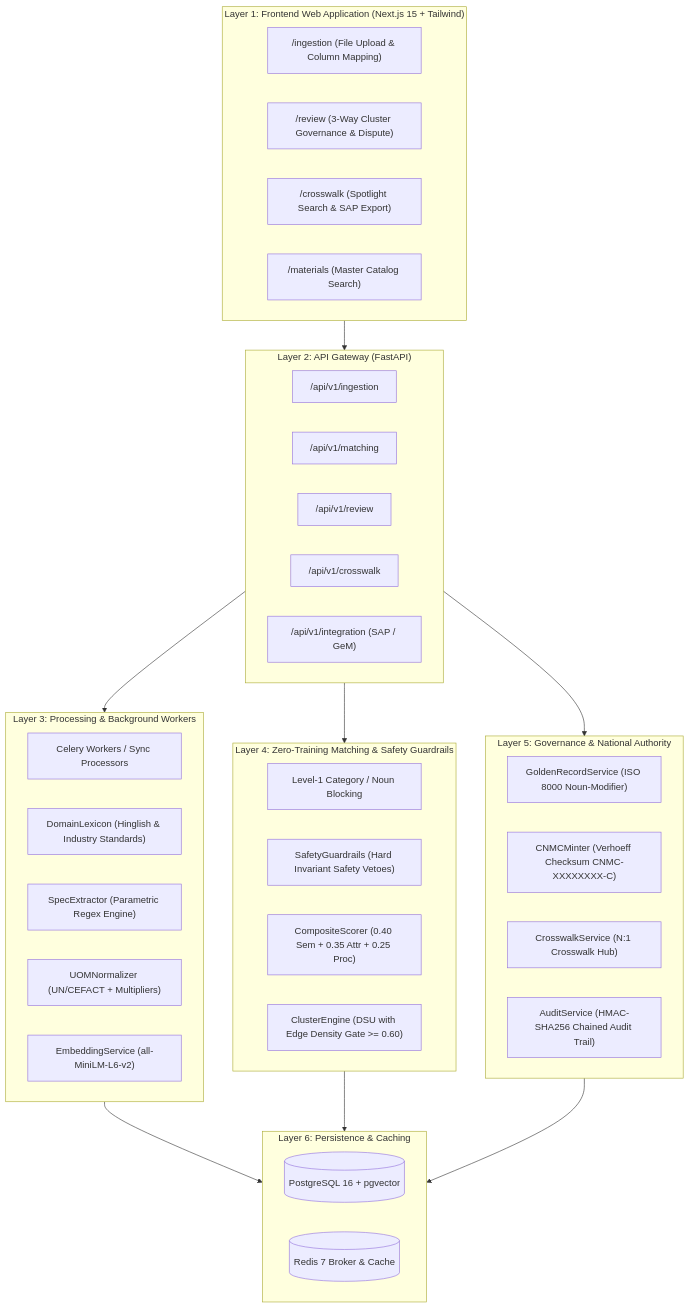
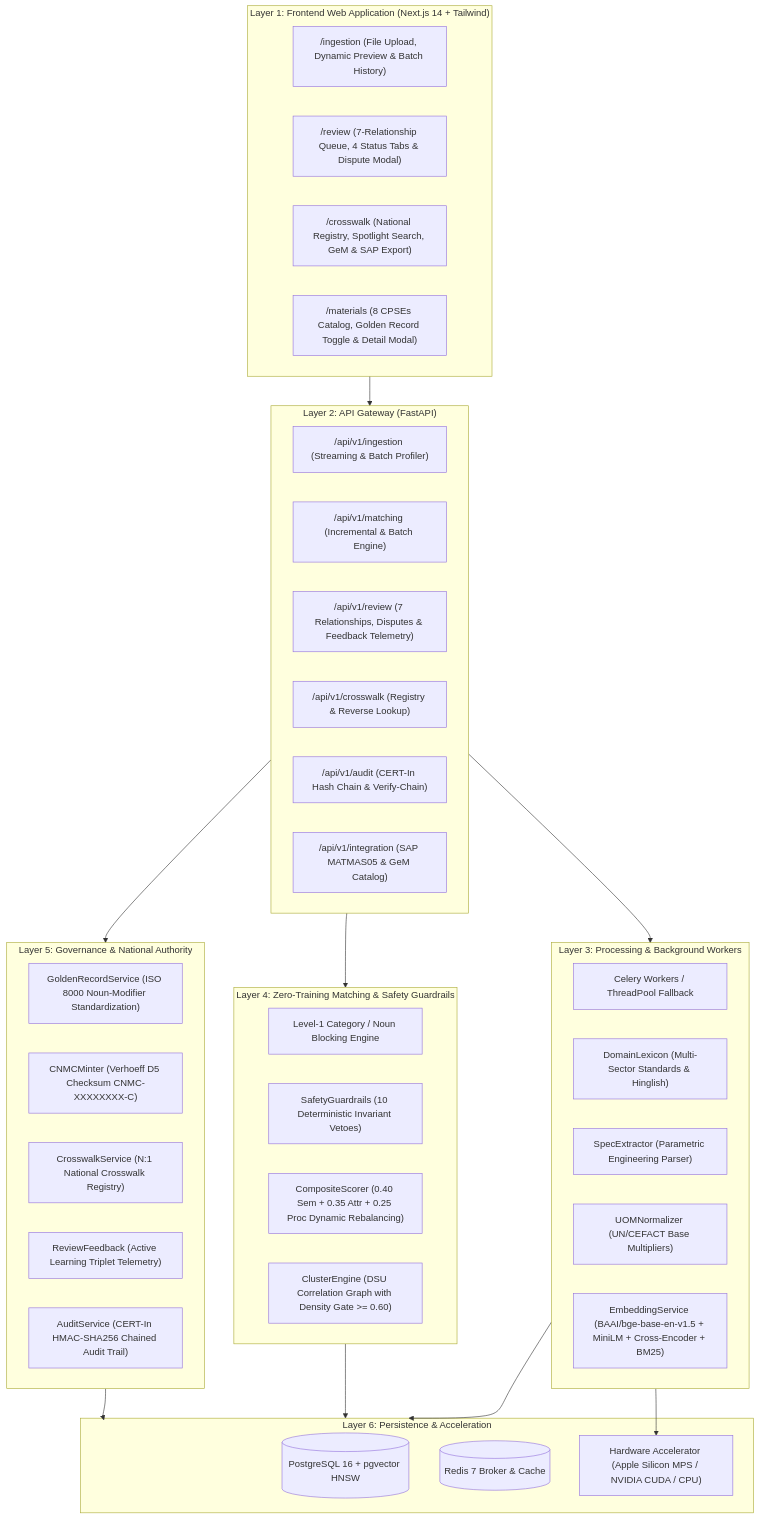
The first of 2 diagrams in ARCHITECTURE_AND_TESTING_GUIDE.md (Tachyon-Teamm/Tachyon), drawn with Mermaid before and after one commit. The commit also changed other lines of this file and 43 other files, not shown here.

First line of the commit message:
feat(core): harden UniMM end-to-end architecture, 7-relationship review taxonomy, and cryptographic audit verification

````diff
--- a/ARCHITECTURE_AND_TESTING_GUIDE.md
+++ b/ARCHITECTURE_AND_TESTING_GUIDE.md
@@ -30,52 +30,56 @@
 ```mermaid
 flowchart TD
-    subgraph UI ["Layer 1: Frontend Web Application (Next.js 15 + Tailwind)"]
-        UI_Ingest["/ingestion (File Upload & Column Mapping)"]
-        UI_Review["/review (3-Way Cluster Governance & Dispute)"]
-        UI_Crosswalk["/crosswalk (Spotlight Search & SAP Export)"]
-        UI_Catalog["/materials (Master Catalog Search)"]
+    subgraph UI ["Layer 1: Frontend Web Application (Next.js 14 + Tailwind)"]
+        UI_Ingest["/ingestion (File Upload, Dynamic Preview & Batch History)"]
+        UI_Review["/review (7-Relationship Queue, 4 Status Tabs & Dispute Modal)"]
+        UI_Crosswalk["/crosswalk (National Registry, Spotlight Search, GeM & SAP Export)"]
+        UI_Catalog["/materials (8 CPSEs Catalog, Golden Record Toggle & Detail Modal)"]
     end
 
     subgraph API ["Layer 2: API Gateway (FastAPI)"]
-        API_Ingest["/api/v1/ingestion"]
-        API_Match["/api/v1/matching"]
-        API_Rev["/api/v1/review"]
-        API_Cross["/api/v1/crosswalk"]
-        API_Integ["/api/v1/integration (SAP / GeM)"]
+        API_Ingest["/api/v1/ingestion (Streaming & Batch Profiler)"]
+        API_Match["/api/v1/matching (Incremental & Batch Engine)"]
+        API_Rev["/api/v1/review (7 Relationships, Disputes & Feedback Telemetry)"]
+        API_Cross["/api/v1/crosswalk (Registry & Reverse Lookup)"]
+        API_Audit["/api/v1/audit (CERT-In Hash Chain & Verify-Chain)"]
+        API_Integ["/api/v1/integration (SAP MATMAS05 & GeM Catalog)"]
     end
 
     subgraph WORKERS ["Layer 3: Processing & Background Workers"]
-        CELERY["Celery Workers / Sync Processors"]
-        LEXICON["DomainLexicon (Hinglish & Industry Standards)"]
-        SPEC_EXT["SpecExtractor (Parametric Regex Engine)"]
-        UOM_NORM["UOMNormalizer (UN/CEFACT + Multipliers)"]
-        EMBED["EmbeddingService (all-MiniLM-L6-v2)"]
+        CELERY["Celery Workers / ThreadPool Fallback"]
+        LEXICON["DomainLexicon (Multi-Sector Standards & Hinglish)"]
+        SPEC_EXT["SpecExtractor (Parametric Engineering Parser)"]
+        UOM_NORM["UOMNormalizer (UN/CEFACT Base Multipliers)"]
+        EMBED["EmbeddingService (BAAI/bge-base-en-v1.5 + MiniLM + Cross-Encoder + BM25)"]
     end
 
     subgraph MATCH_CORE ["Layer 4: Zero-Training Matching & Safety Guardrails"]
-        BLOCK["Level-1 Category / Noun Blocking"]
-        GUARD["SafetyGuardrails (Hard Invariant Safety Vetoes)"]
-        SCORER["CompositeScorer (0.40 Sem + 0.35 Attr + 0.25 Proc)"]
-        CLUSTER["ClusterEngine (DSU with Edge Density Gate >= 0.60)"]
+        BLOCK["Level-1 Category / Noun Blocking Engine"]
+        GUARD["SafetyGuardrails (10 Deterministic Invariant Vetoes)"]
+        SCORER["CompositeScorer (0.40 Sem + 0.35 Attr + 0.25 Proc Dynamic Rebalancing)"]
+        CLUSTER["ClusterEngine (DSU Correlation Graph with Density Gate >= 0.60)"]
     end
 
     subgraph GOV ["Layer 5: Governance & National Authority"]
-        ISO["GoldenRecordService (ISO 8000 Noun-Modifier)"]
-        MINTER["CNMCMinter (Verhoeff Checksum CNMC-XXXXXXXX-C)"]
-        CROSSWALK["CrosswalkService (N:1 Crosswalk Hub)"]
-        AUDIT["AuditService (HMAC-SHA256 Chained Audit Trail)"]
+        ISO["GoldenRecordService (ISO 8000 Noun-Modifier Standardization)"]
+        MINTER["CNMCMinter (Verhoeff D5 Checksum CNMC-XXXXXXXX-C)"]
+        CROSSWALK["CrosswalkService (N:1 National Crosswalk Registry)"]
+        FEEDBACK["ReviewFeedback (Active Learning Triplet Telemetry)"]
+        AUDIT["AuditService (CERT-In HMAC-SHA256 Chained Audit Trail)"]
     end
 
-    subgraph STORAGE ["Layer 6: Persistence & Caching"]
-        PG[(PostgreSQL 16 + pgvector)]
+    subgraph STORAGE ["Layer 6: Persistence & Acceleration"]
+        PG[(PostgreSQL 16 + pgvector HNSW)]
         REDIS[(Redis 7 Broker & Cache)]
+        DEVICE["Hardware Accelerator (Apple Silicon MPS / NVIDIA CUDA / CPU)"]
     end
 
     UI --> API
     API --> WORKERS
     WORKERS --> STORAGE
+    WORKERS --> DEVICE
     API --> MATCH_CORE
     MATCH_CORE --> STORAGE
     API --> GOV
     GOV --> STORAGE
 ```
````
